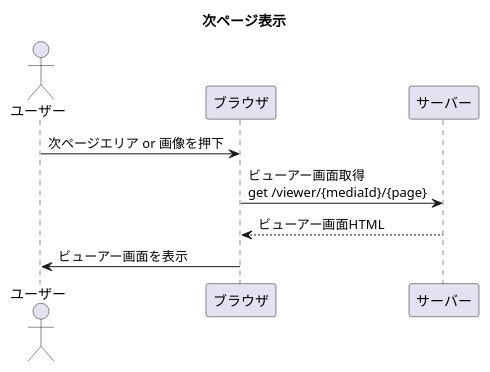
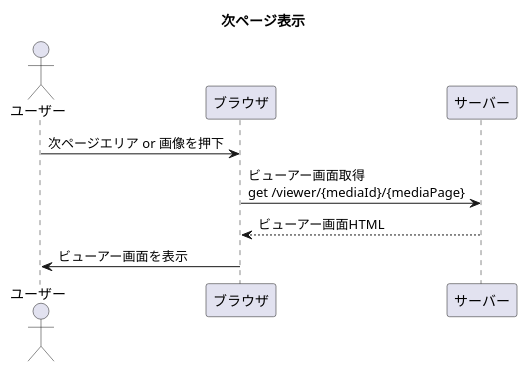
The diagram in doc/3_screens/pages/ビューアー/sequence/次ページ表示.puml (hachimitu22/MangaViewer), drawn with PlantUML before and after one commit. The commit also changed 31 other files, not shown here.

```diff
--- a/doc/3_screens/pages/ビューアー/sequence/次ページ表示.puml
+++ b/doc/3_screens/pages/ビューアー/sequence/次ページ表示.puml
@@ -1,14 +1,14 @@
 @startuml
 
 title 次ページ表示
 
 actor ユーザー
 participant ブラウザ
 participant サーバー
 
 ユーザー -> ブラウザ: 次ページエリア or 画像を押下
-ブラウザ -> サーバー: ビューアー画面取得\nget /viewer/{mediaId}/{page}
+ブラウザ -> サーバー: ビューアー画面取得\nget /viewer/{mediaId}/{mediaPage}
 ブラウザ <-- サーバー: ビューアー画面HTML
 ユーザー <- ブラウザ: ビューアー画面を表示
 
 @enduml
```
